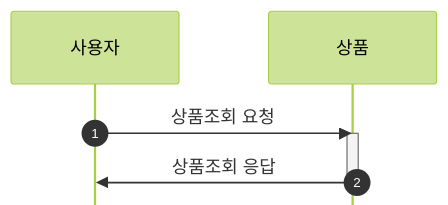
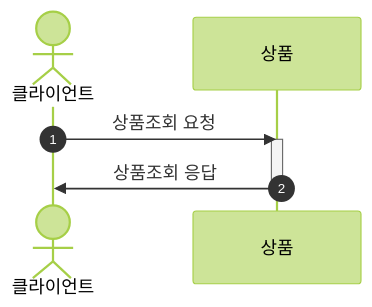
The third of 7 diagrams in docs/seq_diagram.md (minjihonim/hh-server-java), drawn with Mermaid before and after one commit. The commit also changed other lines of this file, not shown here.

Commit message:
시퀀스 다이어그램 수정

````diff
--- a/docs/seq_diagram.md
+++ b/docs/seq_diagram.md
@@ -63,15 +91,14 @@
 ```mermaid
-%%{init: {"theme":"forest","logLevel":"fatal","securityLevel":"strict","startOnLoad":true,"arrowMarkerAbsolute":false,"htmlLabels":true,"sequence":{"useMaxWidth":true,"actorMargin":80,"mirrorActors":false,"showSequenceNumbers":true}}}%%
+%%{init: {"theme":"forest"}}%%
 sequenceDiagram
-
-participant C_CLIENT as 사용자
+autonumber
+actor C_CLIENT as 클라이언트
 participant C_PRODUCTION as 상품
-
 
 %% 상품조회
 C_CLIENT ->> C_PRODUCTION : 상품조회 요청
 activate C_PRODUCTION
 C_PRODUCTION ->> C_CLIENT : 상품조회 응답
 deactivate C_PRODUCTION
 
 ```
````
